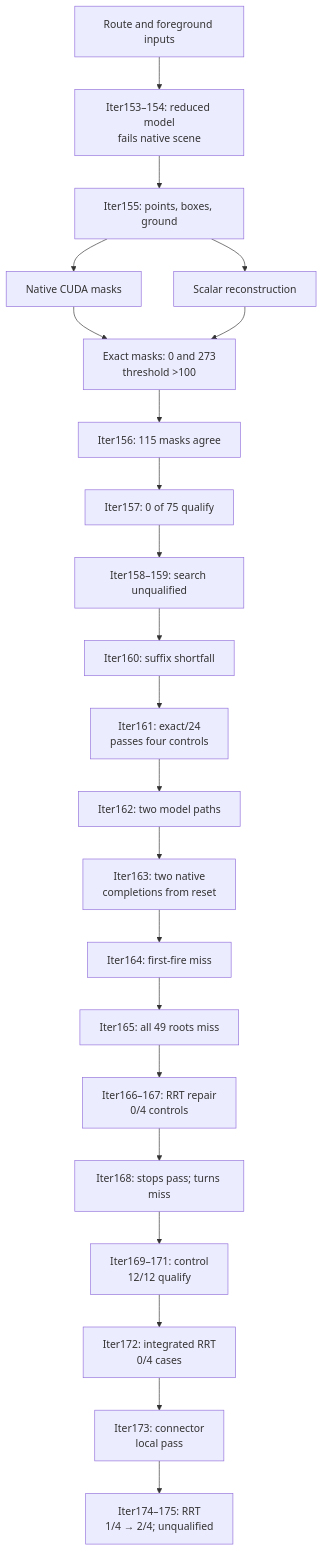
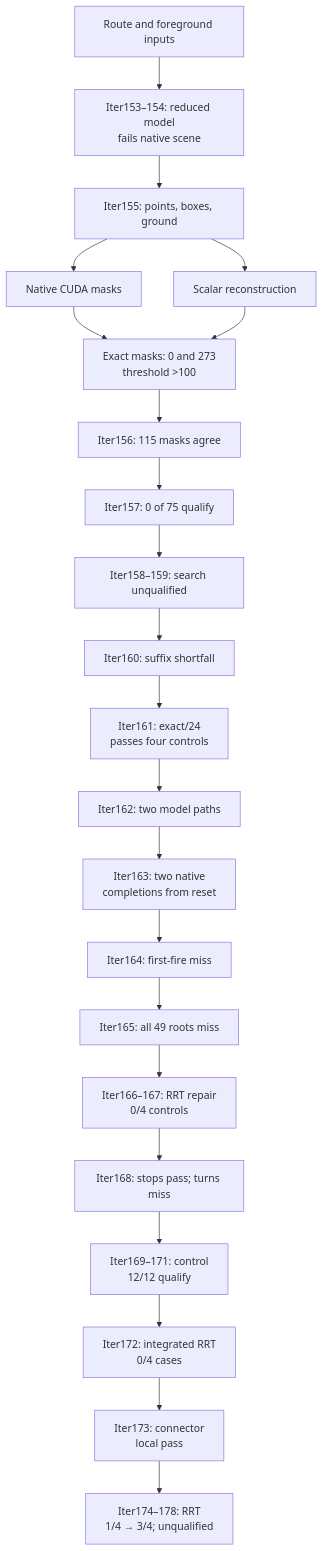
Before and after one commit to manfromnowhere143/sentinel: the fourth of 4 diagrams in docs/ARCHITECTURE.md, drawn with Mermaid. The commit also changed other lines of this file and 18 other files, not shown here.

````diff
--- a/docs/ARCHITECTURE.md
+++ b/docs/ARCHITECTURE.md
@@ -209,26 +209,26 @@
 ```mermaid
 flowchart TB
   accTitle: Scene constraints and planner qualification
   accDescr: Reset completion is not first-fire recovery.
   G["Route and foreground inputs"] --> M["Iter153–154: reduced model<br/>fails native scene"]
   M --> X["Iter155: points, boxes, ground"]
   X --> C["Native CUDA masks"]
   X --> S["Scalar reconstruction"]
   C --> E["Exact masks: 0 and 273<br/>threshold >100"]
   S --> E
   E --> F["Iter156: 115 masks agree"]
   F --> L["Iter157: 0 of 75 qualify"]
   L --> A["Iter158–159: search unqualified"]
   A --> K["Iter160: suffix shortfall"]
   K --> Z["Iter161: exact/24<br/>passes four controls"]
   Z --> Y["Iter162: two model paths"]
   Y --> V["Iter163: two native<br/>completions from reset"]
   V --> B["Iter164: first-fire miss"]
   B --> D["Iter165: all 49 roots miss"]
   D --> R["Iter166–167: RRT repair<br/>0/4 controls"]
   R --> J["Iter168: stops pass; turns miss"]
   J --> H["Iter169–171: control<br/>12/12 qualify"]
   H --> I["Iter172: integrated RRT<br/>0/4 cases"]
   I --> O["Iter173: connector<br/>local pass"]
-  O --> U["Iter174–175: RRT<br/>1/4 → 2/4; unqualified"]
+  O --> U["Iter174–178: RRT<br/>1/4 → 3/4; unqualified"]
 ```
````
